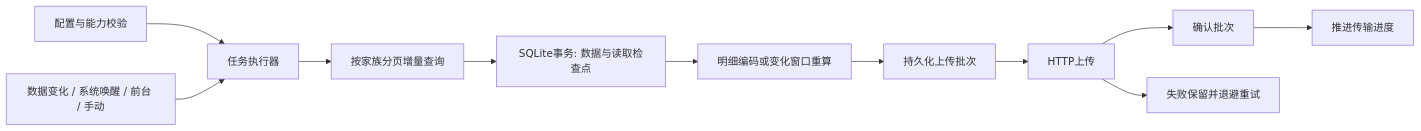
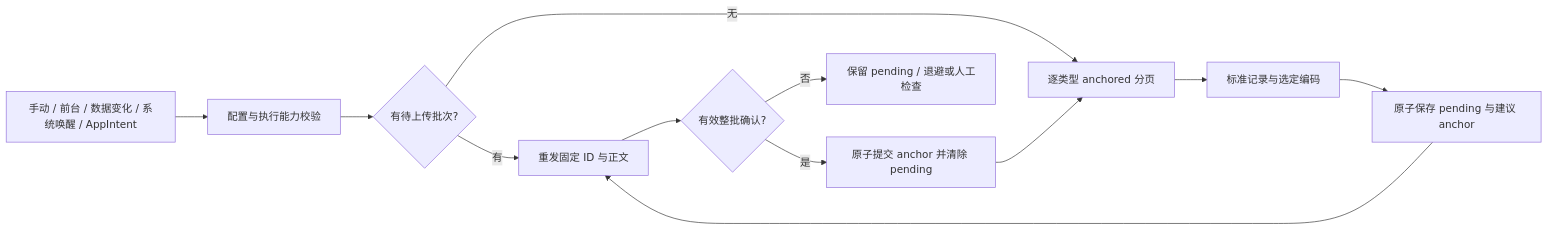
Before and after one commit to Julian0197/health-relay: the diagram in docs/design.md, drawn with Mermaid. The commit also changed other lines of this file and 34 other files, not shown here.

````diff
--- a/docs/design.md
+++ b/docs/design.md
@@ -89,13 +60,14 @@
 ```mermaid
 flowchart LR
-  C[配置与能力校验] --> E[任务执行器]
-  T[数据变化 / 系统唤醒 / 前台 / 手动] --> E
-  E --> Q[按家族分页增量查询]
-  Q --> S[SQLite事务: 数据与读取检查点]
-  S --> P[明细编码或变化窗口重算]
-  P --> O[持久化上传批次]
-  O --> U[HTTP上传]
-  U --> R[确认批次]
-  U --> F[失败保留并退避重试]
-  R --> D[推进传输进度]
+  T[手动 / 前台 / 数据变化 / 系统唤醒 / AppIntent] --> V[配置与执行能力校验]
+  V --> P{有待上传批次?}
+  P -->|有| U[重发固定 ID 与正文]
+  P -->|无| Q[逐类型 anchored 分页]
+  Q --> E[标准记录与选定编码]
+  E --> S[原子保存 pending 与建议 anchor]
+  S --> U
+  U --> R{有效整批确认?}
+  R -->|是| C[原子提交 anchor 并清除 pending]
+  R -->|否| F[保留 pending / 退避或人工检查]
+  C --> Q
 ```
````
